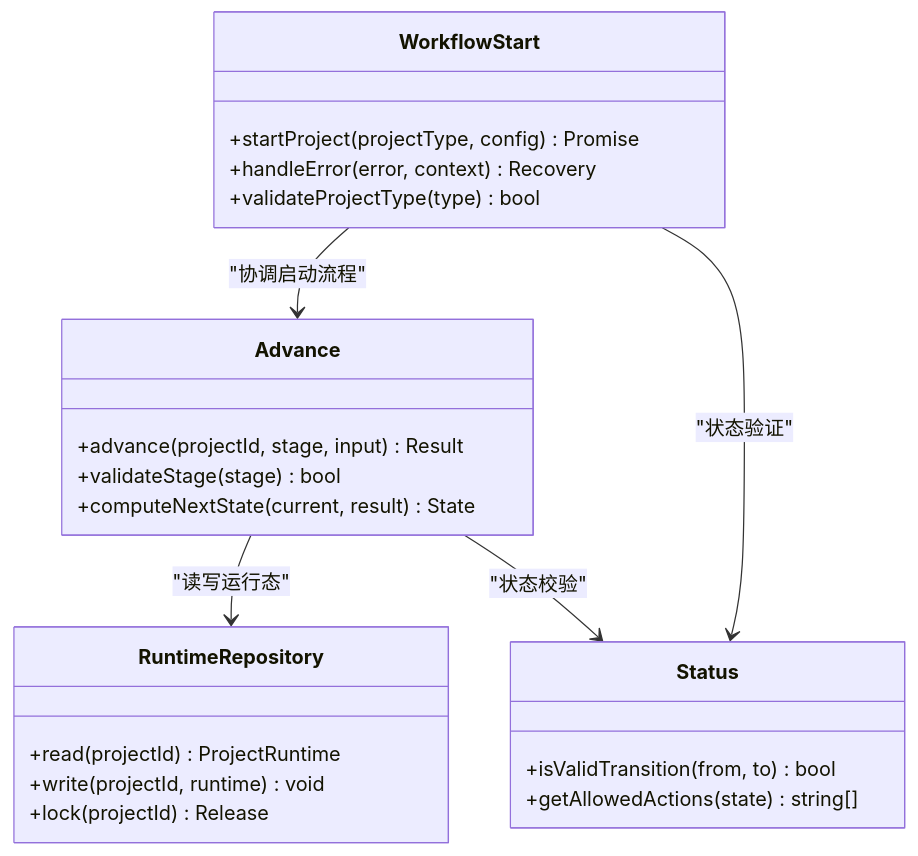
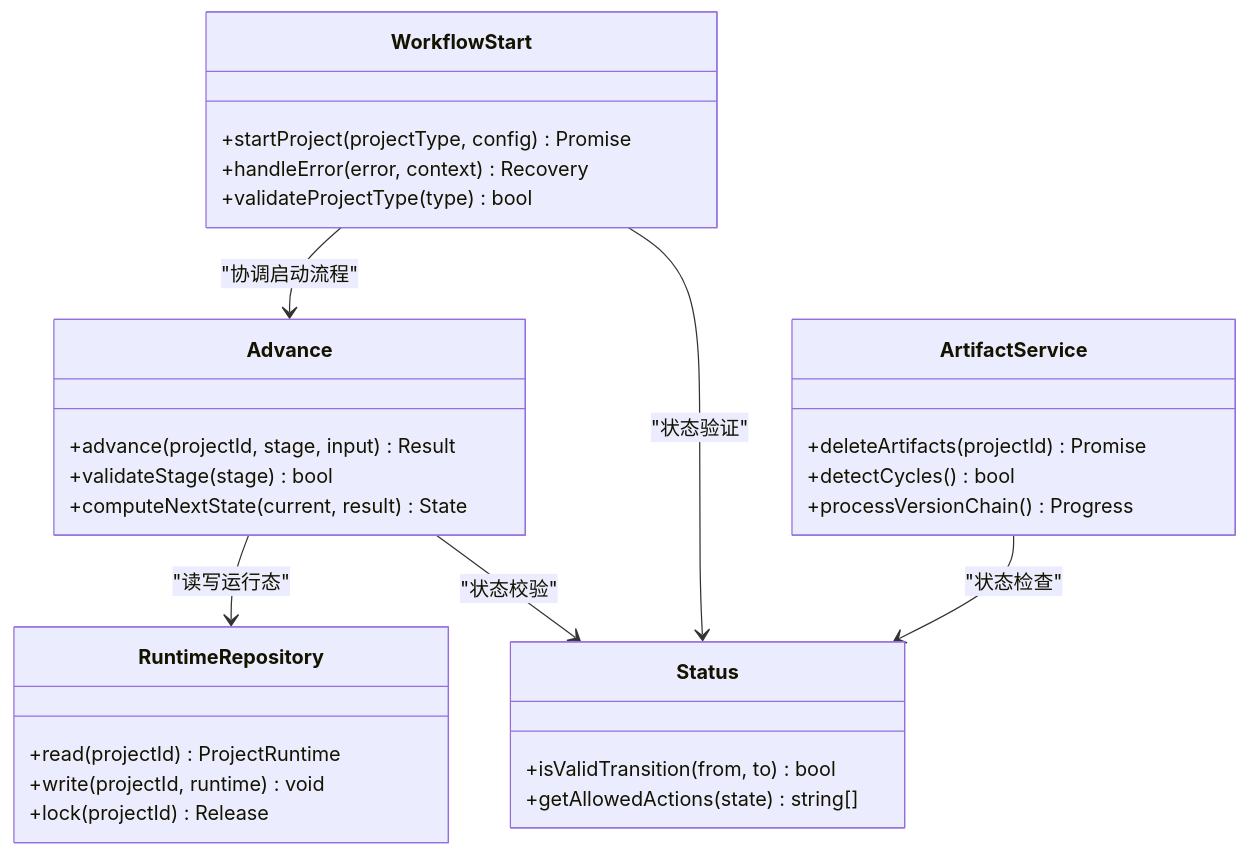
One commit to scottcwy/PurpleInk changed the sixth of 9 diagrams in .qoder/repowiki/zh/content/项目管理/项目生命周期管理.md. Above: the diagram before and after it, drawn with Mermaid. The commit also changed other lines of this file and 23 other files, not shown here.

````diff
--- a/.qoder/repowiki/zh/content/项目管理/项目生命周期管理.md
+++ b/.qoder/repowiki/zh/content/项目管理/项目生命周期管理.md
@@ -291,26 +332,32 @@
 ```mermaid
 classDiagram
 class Advance {
 +advance(projectId, stage, input) Result
 +validateStage(stage) bool
 +computeNextState(current, result) State
 }
 class RuntimeRepository {
 +read(projectId) ProjectRuntime
 +write(projectId, runtime) void
 +lock(projectId) Release
 }
 class Status {
 +isValidTransition(from, to) bool
 +getAllowedActions(state) string[]
 }
 class WorkflowStart {
 +startProject(projectType, config) Promise
 +handleError(error, context) Recovery
 +validateProjectType(type) bool
 }
+class ArtifactService {
++deleteArtifacts(projectId) Promise
++detectCycles() bool
++processVersionChain() Progress
+}
 Advance --> RuntimeRepository : "读写运行态"
 Advance --> Status : "状态校验"
 WorkflowStart --> Advance : "协调启动流程"
 WorkflowStart --> Status : "状态验证"
+ArtifactService --> Status : "状态检查"
 ```
````
